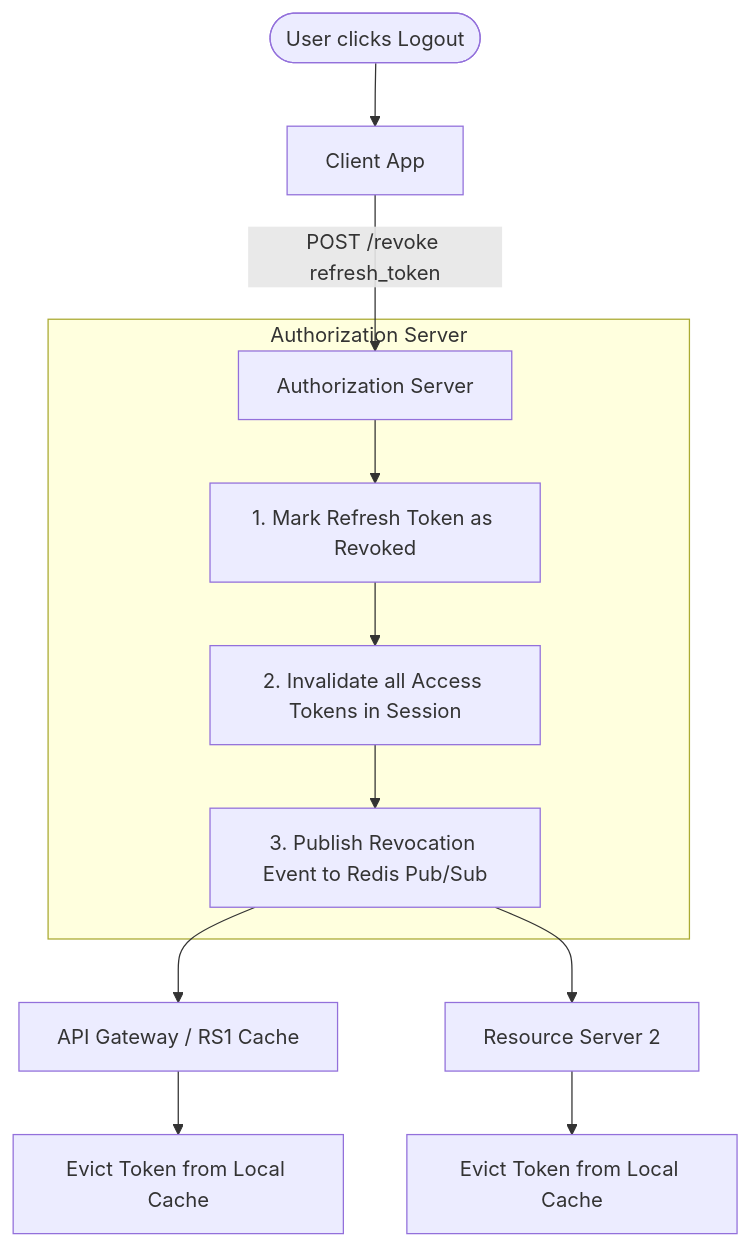
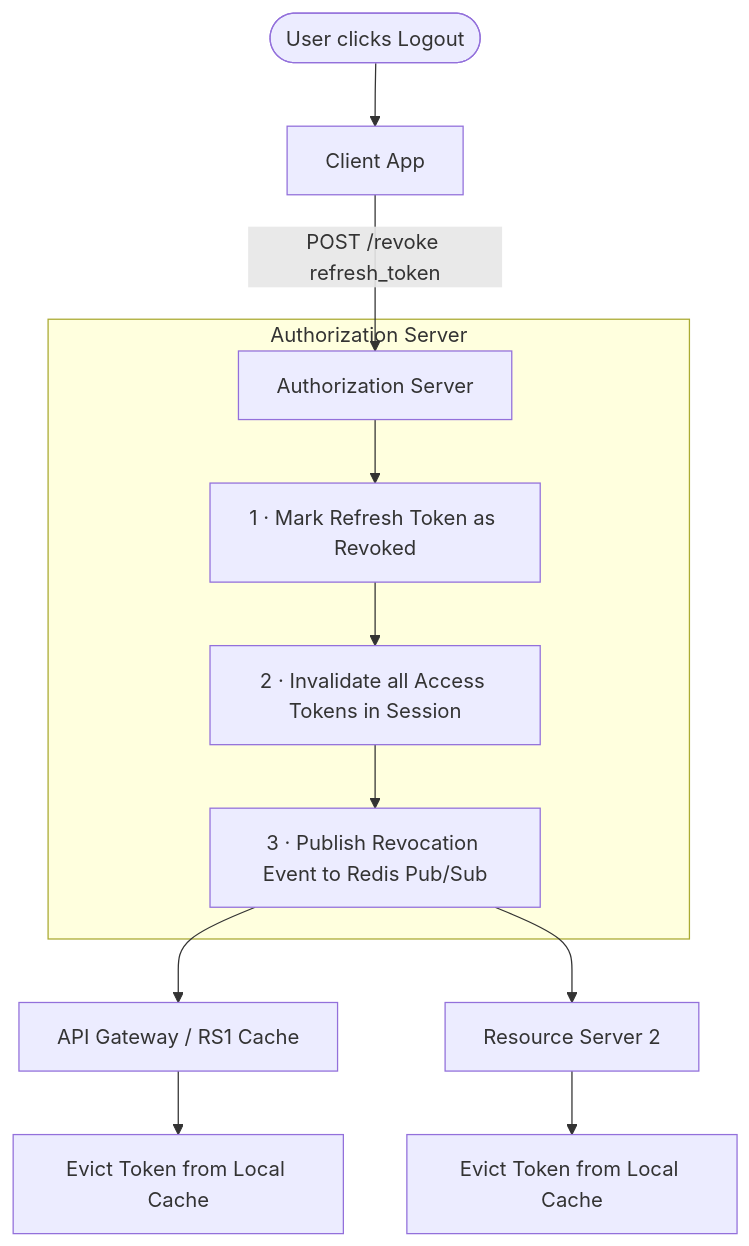
Before and after one commit to darshan-raul/cloudnative-wiki: the diagram in content/Architecture/solution-architecture-concepts/authentication/stage2/05-introspection-revocation.md, drawn with Mermaid. The commit also changed 94 other files, not shown here.

````diff
--- a/content/Architecture/solution-architecture-concepts/authentication/stage2/05-introspection-revocation.md
+++ b/content/Architecture/solution-architecture-concepts/authentication/stage2/05-introspection-revocation.md
@@ -193,17 +193,17 @@
 ```mermaid
 flowchart TD
     User([User clicks Logout]) --> Client[Client App]
     Client -->|POST /revoke refresh_token| AS[Authorization Server]
 
     subgraph Authorization Server
-        AS --> RevokeRT[1. Mark Refresh Token as Revoked]
-        RevokeRT --> CascadeAT[2. Invalidate all Access Tokens in Session]
-        CascadeAT --> PublishEvent[3. Publish Revocation Event to Redis Pub/Sub]
+        AS --> RevokeRT[1 · Mark Refresh Token as Revoked]
+        RevokeRT --> CascadeAT[2 · Invalidate all Access Tokens in Session]
+        CascadeAT --> PublishEvent[3 · Publish Revocation Event to Redis Pub/Sub]
     end
 
     PublishEvent --> RS1[API Gateway / RS1 Cache]
     PublishEvent --> RS2[Resource Server 2]
 
     RS1 --> InvalCache1[Evict Token from Local Cache]
     RS2 --> InvalCache2[Evict Token from Local Cache]
 ```
````
